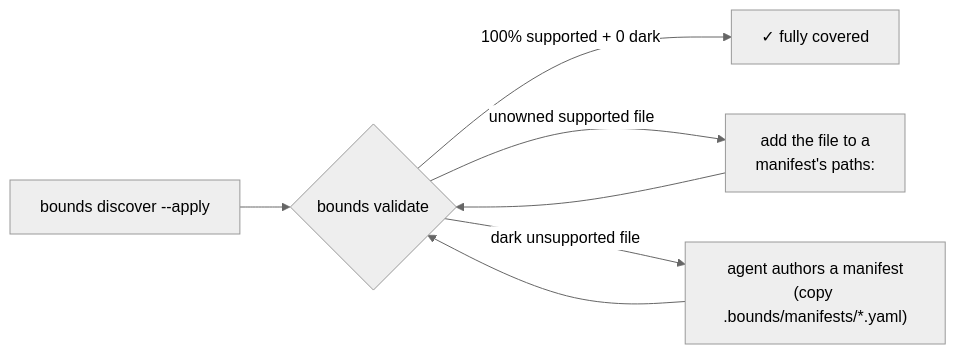
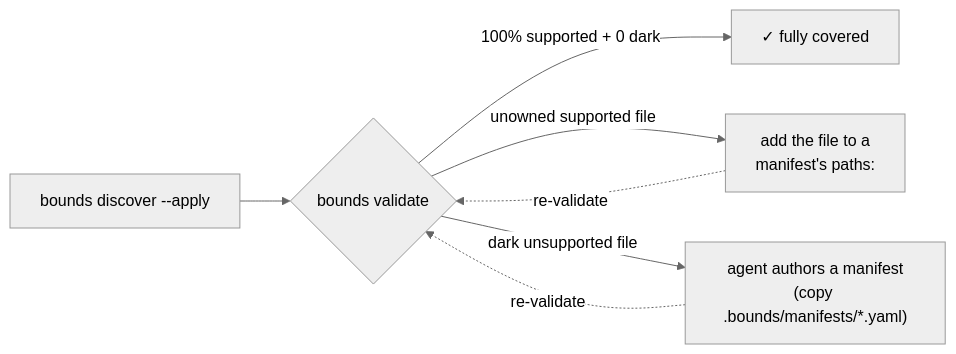
Before and after one commit to Farzin312/bounds: the diagram in README.md, drawn with Mermaid (neutral theme). The commit also changed other lines of this file and 16 other files, not shown here.

First line of the commit message:
docs: [B]ounds logo, "surface" wording, and flowchart arrow fix (#35)

````diff
--- a/README.md
+++ b/README.md
@@ -182,9 +185,9 @@
 ```mermaid
 flowchart LR
   D["bounds discover --apply"] --> V{"bounds validate"}
   V -->|"100% supported + 0 dark"| DONE["✓ fully covered"]
   V -->|"unowned supported file"| S["add the file to a<br/>manifest's paths:"]
   V -->|"dark unsupported file"| AI["agent authors a manifest<br/>(copy .bounds/manifests/*.yaml)"]
-  S --> V
-  AI --> V
+  S -.->|"re-validate"| V
+  AI -.->|"re-validate"| V
 ```
````
